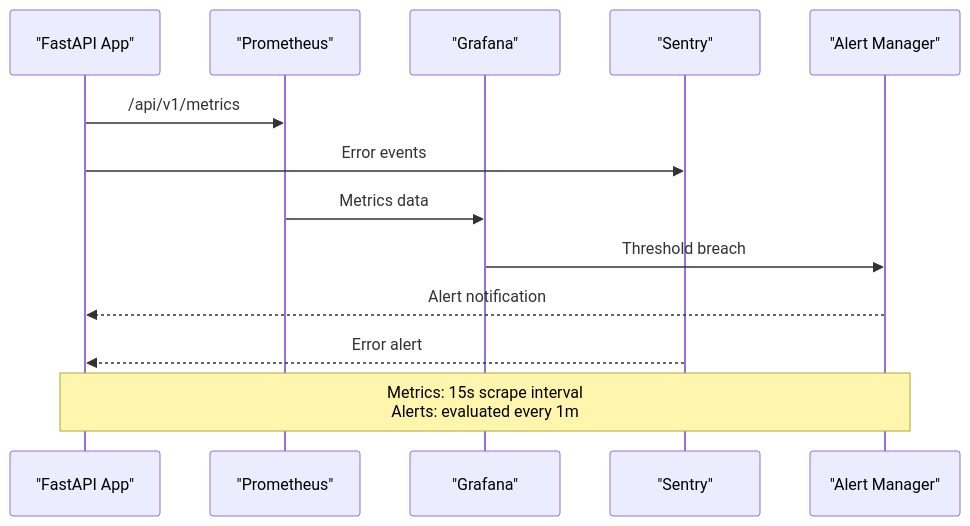
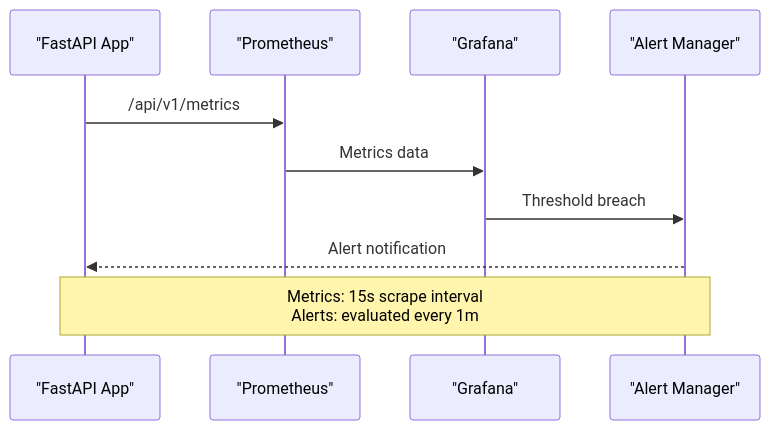
The diagram in .docs/operations/monitoring.md (rohitkumarnaidu/ScholarFormAI), drawn with Mermaid before and after one commit. The commit also changed other lines of this file and 6 other files, not shown here.

````diff
--- a/.docs/operations/monitoring.md
+++ b/.docs/operations/monitoring.md
@@ -39,15 +39,12 @@
 ```mermaid
 sequenceDiagram
     participant App as "FastAPI App"
     participant Prom as "Prometheus"
     participant Graf as "Grafana"
-    participant Sentry as "Sentry"
     participant Alert as "Alert Manager"
     App->>Prom: /api/v1/metrics
-    App->>Sentry: Error events
     Prom->>Graf: Metrics data
     Graf->>Alert: Threshold breach
     Alert-->>App: Alert notification
-    Sentry-->>App: Error alert
     Note over App,Alert: Metrics: 15s scrape interval<br/>Alerts: evaluated every 1m
 ```
````
